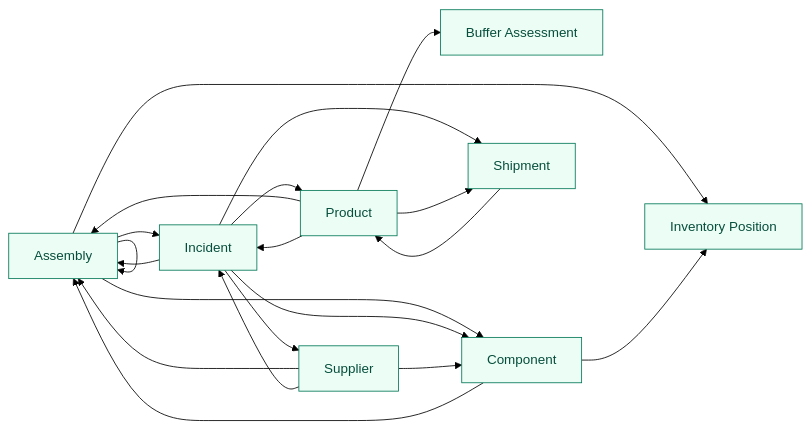
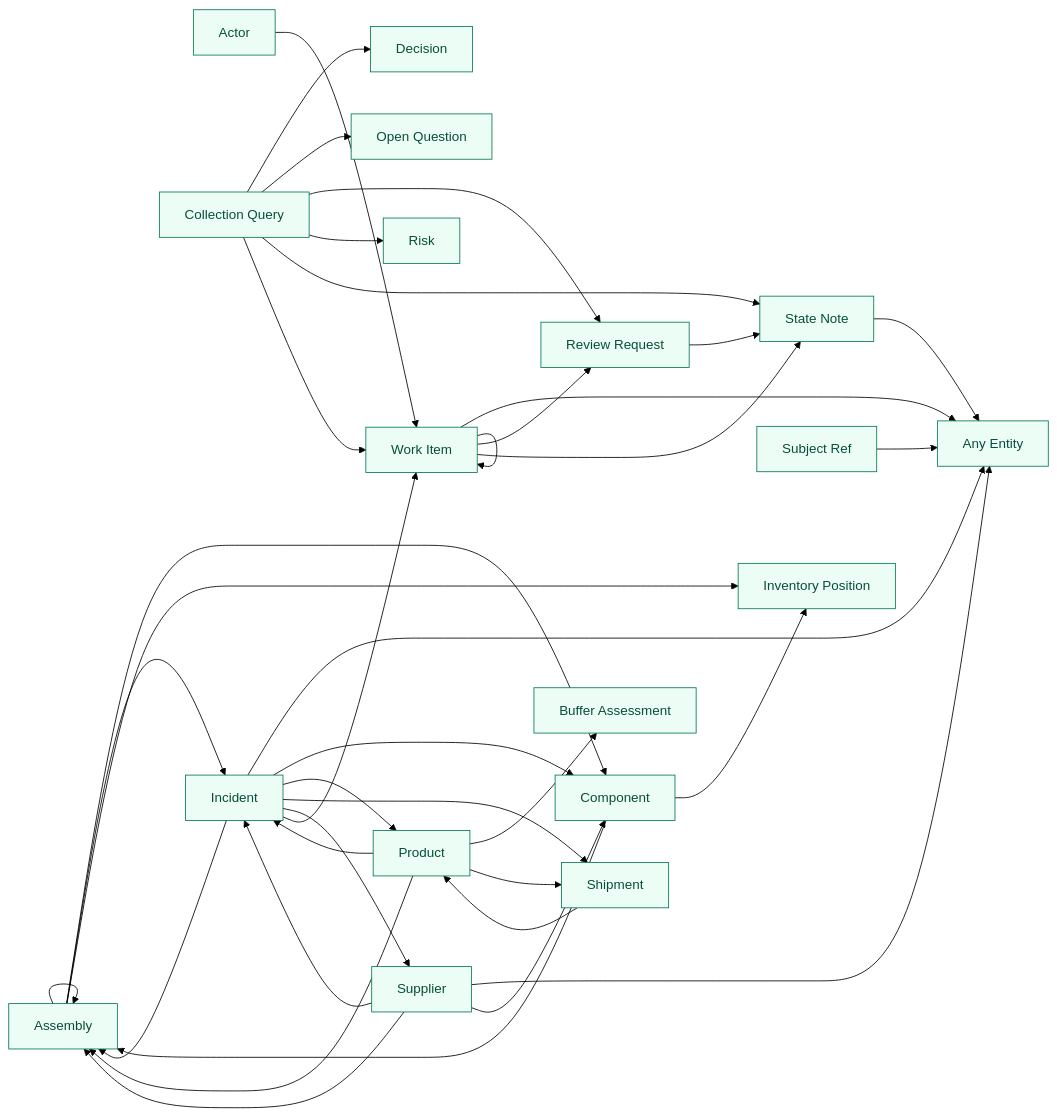
Before and after one commit to cruxible-ai/cruxible: the third of 3 diagrams in kits/supply-chain-blast-radius/README.md, drawn with Mermaid (forest theme). The commit also changed other lines of this file and 13 other files, not shown here.

````diff
--- a/kits/supply-chain-blast-radius/README.md
+++ b/kits/supply-chain-blast-radius/README.md
@@ -281,33 +289,60 @@
 ```mermaid
 flowchart LR
   classDef queryEntity fill:#ecfdf5,stroke:#047857,color:#064e3b
 
+  query_entity_Actor["Actor"]
+  query_entity_AnyEntity["Any Entity"]
   query_entity_Assembly["Assembly"]
   query_entity_BufferAssessment["Buffer Assessment"]
+  query_entity_Collection_query["Collection Query"]
   query_entity_Component["Component"]
+  query_entity_Decision["Decision"]
   query_entity_Incident["Incident"]
   query_entity_InventoryPosition["Inventory Position"]
+  query_entity_OpenQuestion["Open Question"]
   query_entity_Product["Product"]
+  query_entity_ReviewRequest["Review Request"]
+  query_entity_Risk["Risk"]
   query_entity_Shipment["Shipment"]
+  query_entity_StateNote["State Note"]
+  query_entity_SubjectRef["Subject Ref"]
   query_entity_Supplier["Supplier"]
-  class query_entity_Assembly,query_entity_BufferAssessment,query_entity_Component,query_entity_Incident,query_entity_InventoryPosition,query_entity_Product,query_entity_Shipment,query_entity_Supplier queryEntity
+  query_entity_WorkItem["Work Item"]
+  class query_entity_Actor,query_entity_AnyEntity,query_entity_Assembly,query_entity_BufferAssessment,query_entity_Collection_query,query_entity_Component,query_entity_Decision,query_entity_Incident,query_entity_InventoryPosition,query_entity_OpenQuestion,query_entity_Product,query_entity_ReviewRequest,query_entity_Risk,query_entity_Shipment,query_entity_StateNote,query_entity_SubjectRef,query_entity_Supplier,query_entity_WorkItem queryEntity
+  query_entity_Actor --> query_entity_WorkItem
   query_entity_Assembly --> query_entity_Assembly
   query_entity_Assembly --> query_entity_Component
   query_entity_Assembly --> query_entity_Incident
   query_entity_Assembly --> query_entity_InventoryPosition
+  query_entity_Collection_query --> query_entity_Decision
+  query_entity_Collection_query --> query_entity_OpenQuestion
+  query_entity_Collection_query --> query_entity_ReviewRequest
+  query_entity_Collection_query --> query_entity_Risk
+  query_entity_Collection_query --> query_entity_StateNote
+  query_entity_Collection_query --> query_entity_WorkItem
   query_entity_Component --> query_entity_Assembly
   query_entity_Component --> query_entity_InventoryPosition
+  query_entity_Incident --> query_entity_AnyEntity
   query_entity_Incident --> query_entity_Assembly
   query_entity_Incident --> query_entity_Component
   query_entity_Incident --> query_entity_Product
   query_entity_Incident --> query_entity_Shipment
   query_entity_Incident --> query_entity_Supplier
+  query_entity_Incident --> query_entity_WorkItem
   query_entity_Product --> query_entity_Assembly
   query_entity_Product --> query_entity_BufferAssessment
   query_entity_Product --> query_entity_Incident
   query_entity_Product --> query_entity_Shipment
+  query_entity_ReviewRequest --> query_entity_StateNote
   query_entity_Shipment --> query_entity_Product
+  query_entity_StateNote --> query_entity_AnyEntity
+  query_entity_SubjectRef --> query_entity_AnyEntity
+  query_entity_Supplier --> query_entity_AnyEntity
   query_entity_Supplier --> query_entity_Assembly
   query_entity_Supplier --> query_entity_Component
   query_entity_Supplier --> query_entity_Incident
+  query_entity_WorkItem --> query_entity_AnyEntity
+  query_entity_WorkItem --> query_entity_ReviewRequest
+  query_entity_WorkItem --> query_entity_StateNote
+  query_entity_WorkItem --> query_entity_WorkItem
 ```
````
